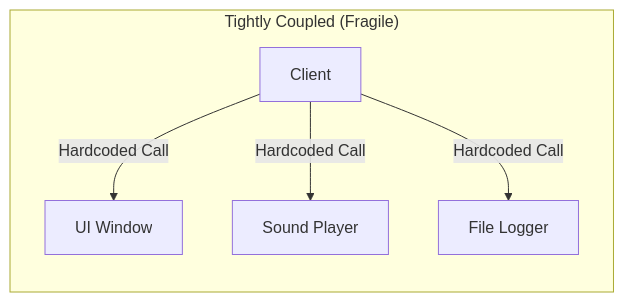
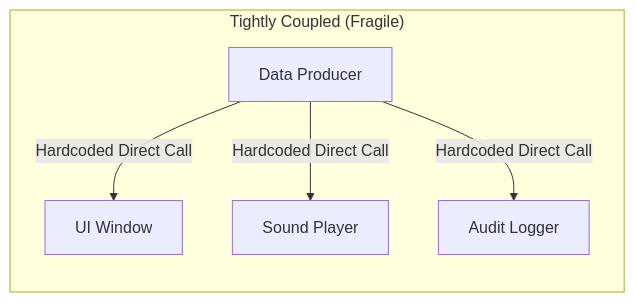
Before and after one commit to mnaatjes/ed-fleet-client: the fourth of 10 diagrams in architecture/notes/event_driven_telemetry_and_state_fundamentals.md, drawn with Mermaid. The commit also changed other lines of this file, not shown here.

Commit message:
docs(architecture): rewrite fundamentals primer with domain-agnostic examples

````diff
--- a/architecture/notes/event_driven_telemetry_and_state_fundamentals.md
+++ b/architecture/notes/event_driven_telemetry_and_state_fundamentals.md
@@ -165,8 +173,8 @@
 ```mermaid
 flowchart LR
     subgraph Coupled ["Tightly Coupled (Fragile)"]
-        ClientA["Client"] -->|Hardcoded Call| UI["UI Window"]
-        ClientA -->|Hardcoded Call| Audio["Sound Player"]
-        ClientA -->|Hardcoded Call| Logger["File Logger"]
+        SourceA["Data Producer"] -->|Hardcoded Direct Call| UI["UI Window"]
+        SourceA -->|Hardcoded Direct Call| Audio["Sound Player"]
+        SourceA -->|Hardcoded Direct Call| Logger["Audit Logger"]
     end
 ```
````
